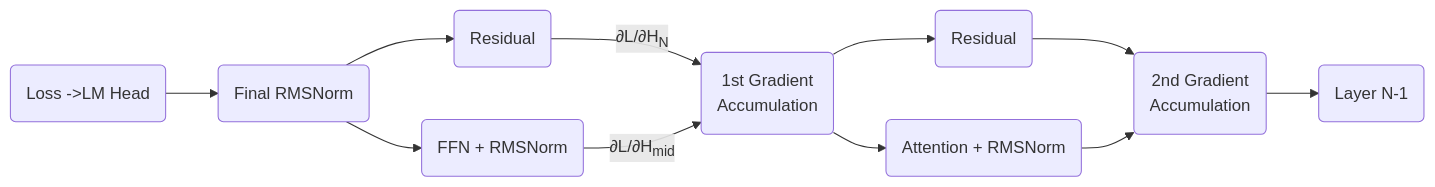
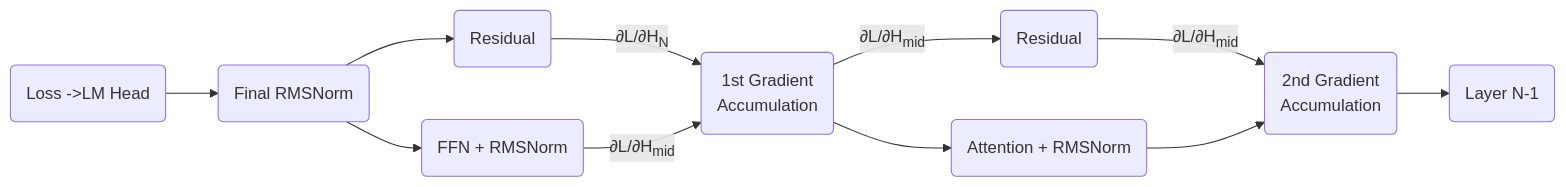
The diagram in docs/llm-essential-backward-pass.md (ChrisZhu2050/chriszhu2050.github.io), drawn with Mermaid before and after one commit. The commit also changed other lines of this file, not shown here.

````diff
--- a/docs/llm-essential-backward-pass.md
+++ b/docs/llm-essential-backward-pass.md
@@ -8,30 +8,30 @@
   ```mermaid
         flowchart LR
 
           a("Loss ->LM Head")
           c1("Final RMSNorm")
           b1("Residual")
           d("FFN + RMSNorm")
           d1("1st Gradient 
           Accumulation")
           e("Attention + RMSNorm")  
           e1("Residual") 
           f("2nd Gradient
            Accumulation")
           g("Layer N-1")
         
         a --> c1
         c1 --> d
         c1 --> b1
         b1 -- ∂L/∂H<sub>N</sub>--> d1
         d --∂L/∂H<sub>mid</sub>--> d1
-        d1 --> e1
+        d1 --∂L/∂H<sub>mid</sub> --> e1
         d1 --> e
-        e1 --> f
+        e1 -- ∂L/∂H<sub>mid</sub>--> f
         e --> f
         f --> g
 
 
         
 
   ```  
````
